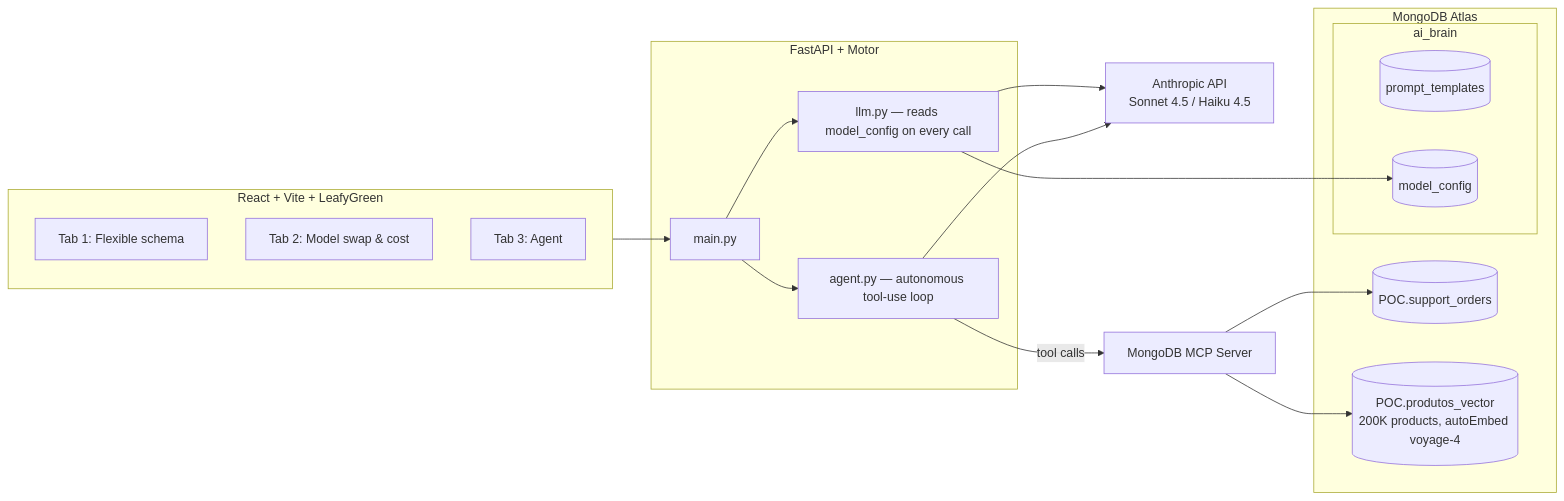
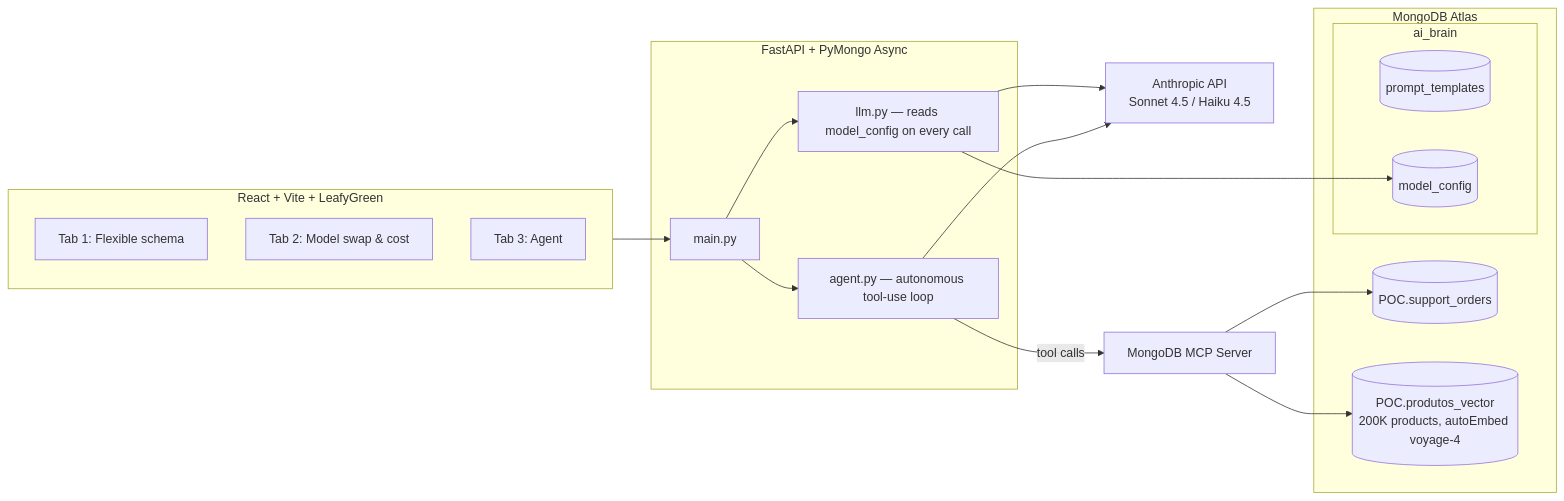
Before and after one commit to adrianofratelli-glitch/MongoDB-Intelligence-Layer: the diagram in README.md, drawn with Mermaid. The commit also changed other lines of this file and 18 other files, not shown here.

````diff
--- a/README.md
+++ b/README.md
@@ -132,33 +148,33 @@
 ```mermaid
 flowchart LR
     subgraph Frontend [React + Vite + LeafyGreen]
         T1[Tab 1: Flexible schema]
         T2[Tab 2: Model swap & cost]
         T3[Tab 3: Agent]
     end
 
-    subgraph Backend [FastAPI + Motor]
+    subgraph Backend [FastAPI + PyMongo Async]
         API[main.py]
         LLM[llm.py — reads model_config on every call]
         AGENT[agent.py — autonomous tool-use loop]
     end
 
     ANT[Anthropic API\nSonnet 4.5 / Haiku 4.5]
     MCP[MongoDB MCP Server]
 
     subgraph Atlas [MongoDB Atlas]
         subgraph ai_brain
             PT[(prompt_templates)]
             MC[(model_config)]
         end
         SO[(POC.support_orders)]
         PV[(POC.produtos_vector\n200K products, autoEmbed voyage-4)]
     end
 
     Frontend --> API
     API --> LLM --> ANT
     API --> AGENT --> ANT
     AGENT -->|tool calls| MCP --> SO
     MCP --> PV
     LLM --> MC
 ```
````
